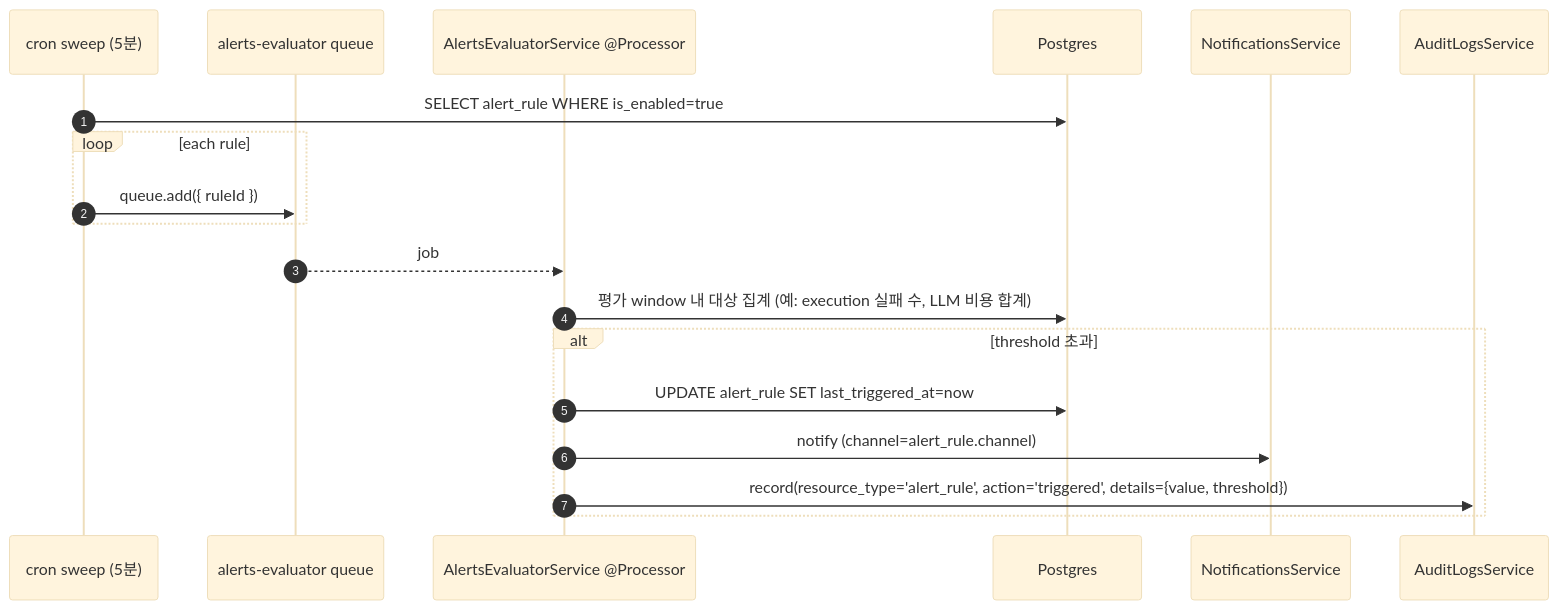
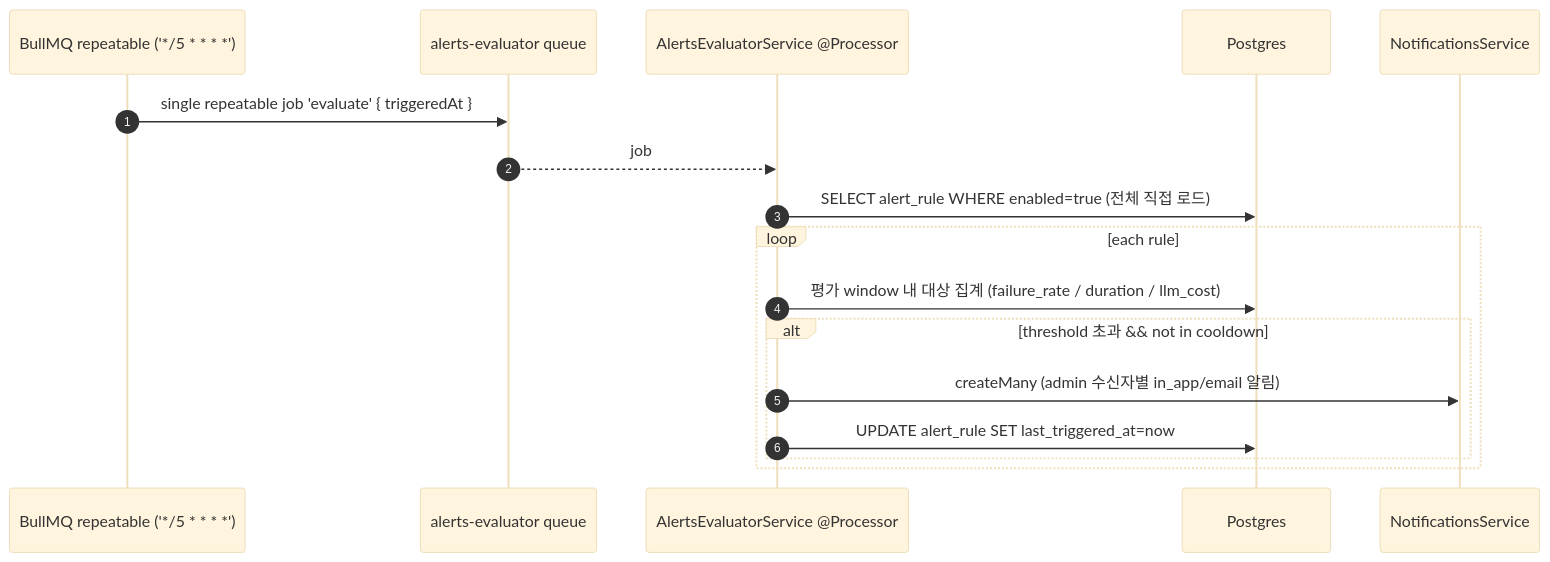
One commit to worker-ants/clemvion changed the third of 4 diagrams in spec/data-flow/9-observability.md. Above: the diagram before and after it, drawn with Mermaid (base theme). The commit also changed other lines of this file and 186 other files, not shown here.

````diff
--- a/spec/data-flow/9-observability.md
+++ b/spec/data-flow/9-observability.md
@@ -69,22 +69,20 @@
 ```mermaid
 sequenceDiagram
   autonumber
-  participant Cron as cron sweep (5분)
+  participant Sched as BullMQ repeatable ('*/5 * * * *')
   participant Q as alerts-evaluator queue
   participant Eval as AlertsEvaluatorService @Processor
   participant PG as Postgres
   participant Noti as NotificationsService
-  participant ALS as AuditLogsService
 
-  Cron->>PG: SELECT alert_rule WHERE is_enabled=true
+  Sched->>Q: single repeatable job 'evaluate' { triggeredAt }
+  Q-->>Eval: job
+  Eval->>PG: SELECT alert_rule WHERE enabled=true (전체 직접 로드)
   loop each rule
-    Cron->>Q: queue.add({ ruleId })
-  end
-  Q-->>Eval: job
-  Eval->>PG: 평가 window 내 대상 집계 (예: execution 실패 수, LLM 비용 합계)
-  alt threshold 초과
-    Eval->>PG: UPDATE alert_rule SET last_triggered_at=now
-    Eval->>Noti: notify (channel=alert_rule.channel)
-    Eval->>ALS: record(resource_type='alert_rule', action='triggered', details={value, threshold})
+    Eval->>PG: 평가 window 내 대상 집계 (failure_rate / duration / llm_cost)
+    alt threshold 초과 && not in cooldown
+      Eval->>Noti: createMany (admin 수신자별 in_app/email 알림)
+      Eval->>PG: UPDATE alert_rule SET last_triggered_at=now
+    end
   end
 ```
````
